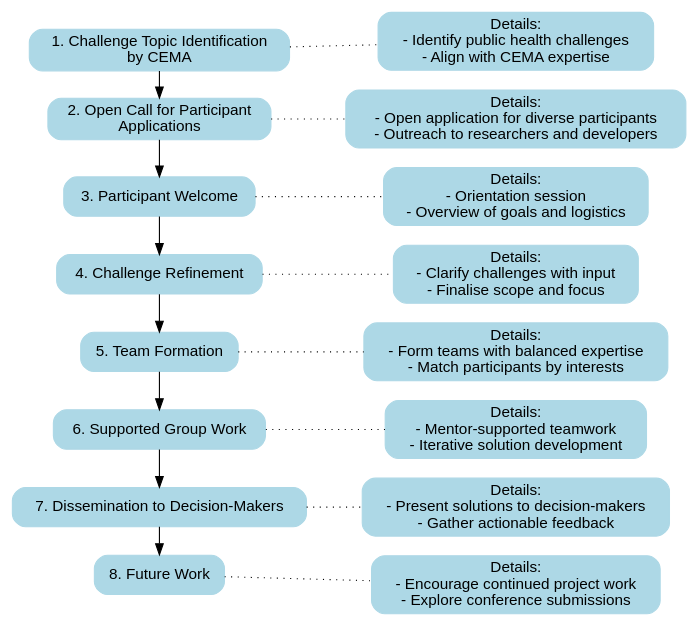
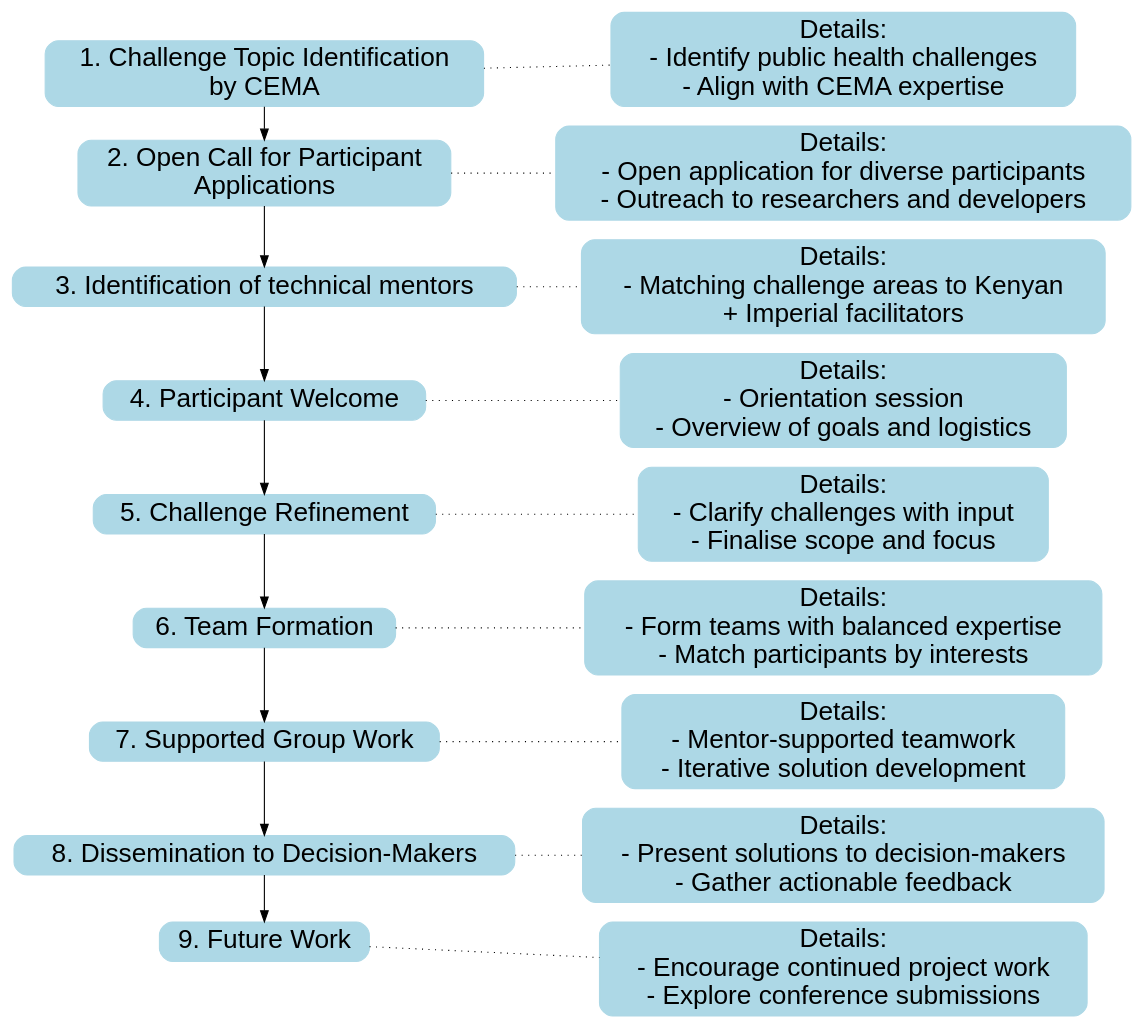
One commit to CEMA-MRC-Hackathon/cema-mrc-hackathon.github.io changed the diagram in flow.qmd. Above: the diagram before and after it, drawn with Graphviz.

````diff
--- a/flow.qmd
+++ b/flow.qmd
@@ -12,47 +12,50 @@
 ```{dot}
 
 digraph HackathonFlow {
-
-    node [shape=box, style="rounded,filled", color=lightblue, fontname=Helvetica];
+    node [shape=box, style="rounded,filled", color=lightblue, fontname=Helvetica, fontsize=24];
 
     rankdir="LR";
 
     subgraph steps {
         rank="same";
         "Step1" [label="1. Challenge Topic Identification\nby CEMA"];
         "Step2" [label="2. Open Call for Participant\nApplications"];
-        "Step3" [label="3. Participant Welcome"];
-        "Step4" [label="4. Challenge Refinement"];
-        "Step5" [label="5. Team Formation"];
-        "Step6" [label="6. Supported Group Work"];
-        "Step7" [label="7. Dissemination to Decision-Makers"];
-        "Step8" [label="8. Future Work"];
-        "Step1" -> "Step2" -> "Step3" -> "Step4" -> "Step5" -> "Step6" -> "Step7" -> "Step8";
+        "Step3" [label="3. Identification of technical mentors"];
+        "Step4" [label="4. Participant Welcome"];
+        "Step5" [label="5. Challenge Refinement"];
+        "Step6" [label="6. Team Formation"];
+        "Step7" [label="7. Supported Group Work"];
+        "Step8" [label="8. Dissemination to Decision-Makers"];
+        "Step9" [label="9. Future Work"];
+        "Step1" -> "Step2" -> "Step3" -> "Step4" -> "Step5" -> "Step6" -> "Step7" -> "Step8" -> "Step9";
     }
 
     "Step1" -> "note1" [arrowhead=none, style=dotted];
     "note1" [label="Details:\n- Identify public health challenges\n- Align with CEMA expertise"];
 
     "Step2" -> "note2" [arrowhead=none, style=dotted];
     "note2" [label="Details:\n- Open application for diverse participants\n- Outreach to researchers and developers"];
 
     "Step3" -> "note3" [arrowhead=none, style=dotted];
-    "note3" [label="Details:\n- Orientation session\n- Overview of goals and logistics"];
+    "note3" [label="Details:\n- Matching challenge areas to Kenyan \n+ Imperial facilitators"];
 
     "Step4" -> "note4" [arrowhead=none, style=dotted];
-    "note4" [label="Details:\n- Clarify challenges with input\n- Finalise scope and focus"];
+    "note4" [label="Details:\n- Orientation session\n- Overview of goals and logistics"];
 
     "Step5" -> "note5" [arrowhead=none, style=dotted];
-    "note5" [label="Details:\n- Form teams with balanced expertise\n- Match participants by interests"];
+    "note5" [label="Details:\n- Clarify challenges with input\n- Finalise scope and focus"];
 
     "Step6" -> "note6" [arrowhead=none, style=dotted];
-    "note6" [label="Details:\n- Mentor-supported teamwork\n- Iterative solution development"];
+    "note6" [label="Details:\n- Form teams with balanced expertise\n- Match participants by interests"];
 
     "Step7" -> "note7" [arrowhead=none, style=dotted];
-    "note7" [label="Details:\n- Present solutions to decision-makers\n- Gather actionable feedback"];
+    "note7" [label="Details:\n- Mentor-supported teamwork\n- Iterative solution development"];
 
     "Step8" -> "note8" [arrowhead=none, style=dotted];
-    "note8" [label="Details:\n- Encourage continued project work\n- Explore conference submissions"];
+    "note8" [label="Details:\n- Present solutions to decision-makers\n- Gather actionable feedback"];
+
+    "Step9" -> "note9" [arrowhead=none, style=dotted];
+    "note9" [label="Details:\n- Encourage continued project work\n- Explore conference submissions"];
 }
 
 ```
````
